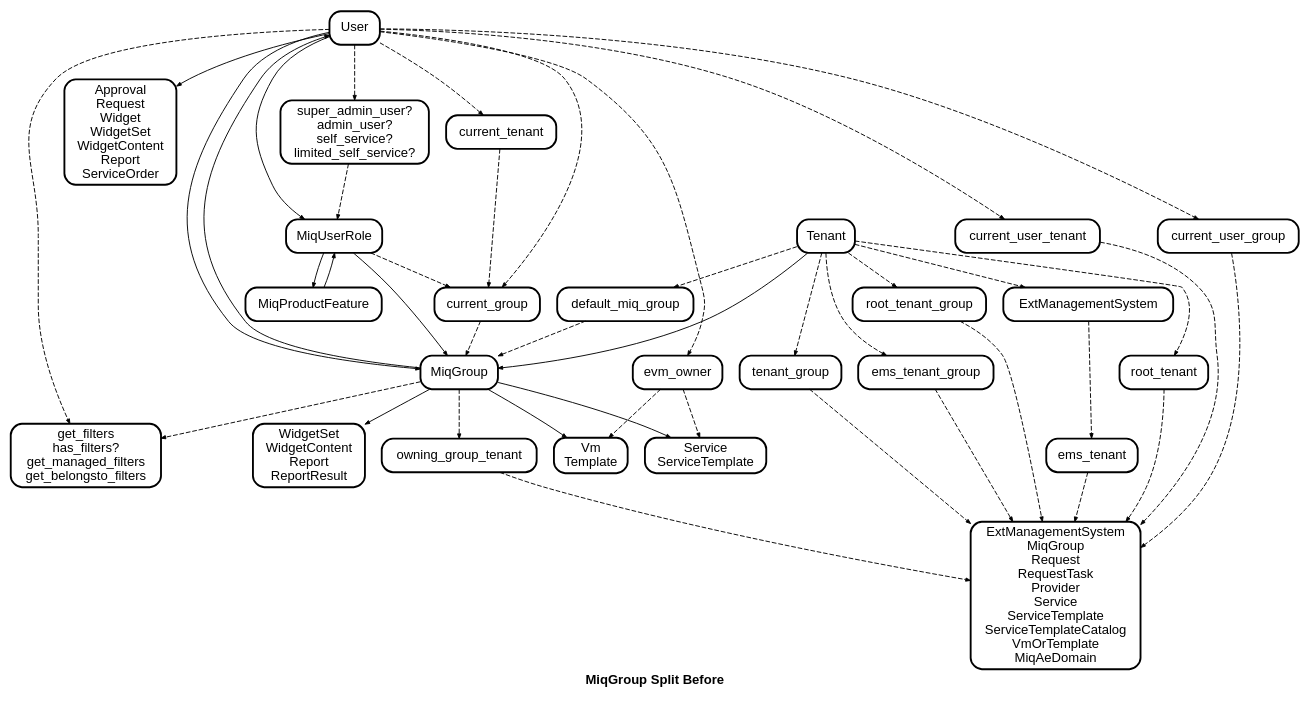
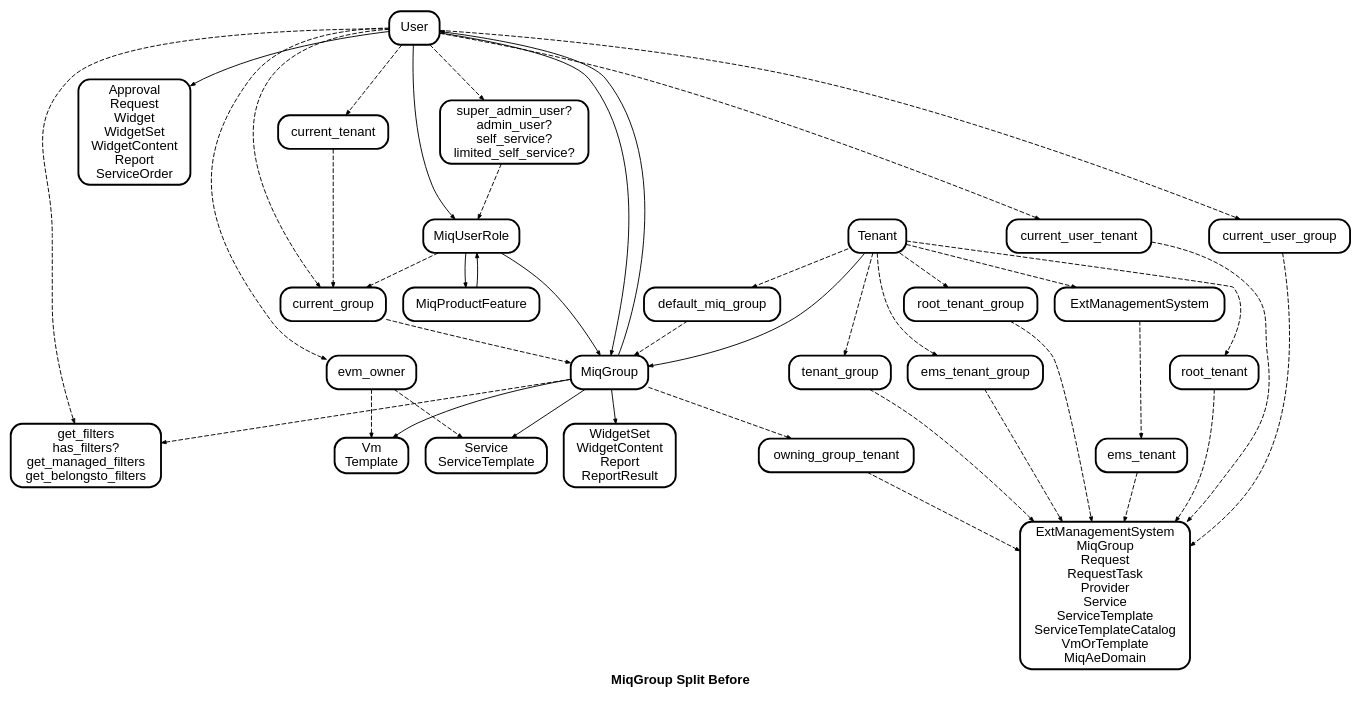
One commit to jrafanie/miq_group_split changed the diagram in miq_group_split_before.dot. Above: the diagram before and after it, drawn with Graphviz.

Commit message:
Group OwnershipMixin relationships together.

```diff
--- a/miq_group_split_before.dot
+++ b/miq_group_split_before.dot
@@ -1,40 +1,45 @@
 digraph MiqGroupSplitBefore {
 	graph [ fontname="Helvetica-Bold" ]
 	node  [ id="\N" shape="Mrecord" style="filled" fontname="Helvetica" fillcolor="#ffffff" penwidth="2" ]
 	edge  [ arrowsize="0.5" fontname="Helvetica" ]
 
 	label="MiqGroup Split Before"
 	style="rounded"
 
 	user_owned_resources [label="Approval\nRequest\nWidget\nWidgetSet\nWidgetContent\nReport\nServiceOrder"]
 	group_owned_resources [label="WidgetSet\nWidgetContent\nReport\nReportResult"]
 	owned_vms [label="Vm\nTemplate"]
 	filters [label="get_filters\nhas_filters?\nget_managed_filters\nget_belongsto_filters"]
 	user_levels [label="super_admin_user?\nadmin_user?\nself_service?\nlimited_self_service?"]
 	service_resources [label="Service\nServiceTemplate"]
 	tenancy_resources [label="ExtManagementSystem\nMiqGroup\nRequest\nRequestTask\nProvider\nService\nServiceTemplate\nServiceTemplateCatalog\nVmOrTemplate\nMiqAeDomain"]
 
 	Tenant -> MiqGroup
 	Tenant -> default_miq_group -> MiqGroup [style="dashed"]
 	MiqUserRole -> MiqGroup
 	MiqUserRole -> MiqProductFeature
 	MiqProductFeature -> MiqUserRole
-	MiqGroup -> User, owned_vms, group_owned_resources, service_resources
+	MiqGroup -> User
+
+	# OwnershipMixin
+	MiqGroup -> owned_vms, group_owned_resources, service_resources
+	User -> evm_owner -> owned_vms, service_resources [style="dashed"]
+
 	User -> MiqUserRole, MiqGroup
 	User -> current_tenant, current_group, filters, user_levels [style="dashed"]
 	MiqGroup -> filters [style="dashed"]
 	user_levels -> MiqUserRole [style="dashed"]
-	User -> evm_owner -> owned_vms, service_resources [style="dashed"]
+
 	User -> user_owned_resources
 	current_group -> MiqGroup [style="dashed"]
 	MiqUserRole, current_tenant -> current_group [style="dashed"]
 
 	MiqGroup -> owning_group_tenant -> tenancy_resources [style="dashed"]
 	User -> current_user_tenant -> tenancy_resources [style="dashed"]
 	Tenant -> ExtManagementSystem -> ems_tenant -> tenancy_resources [style="dashed"]
 	Tenant -> root_tenant -> tenancy_resources [style="dashed"]
 	Tenant -> tenant_group -> tenancy_resources [style="dashed"]
 	User -> current_user_group -> tenancy_resources [style="dashed"]
 	Tenant -> ems_tenant_group -> tenancy_resources [style="dashed"]
 	Tenant -> root_tenant_group -> tenancy_resources [style="dashed"]
 }
```
